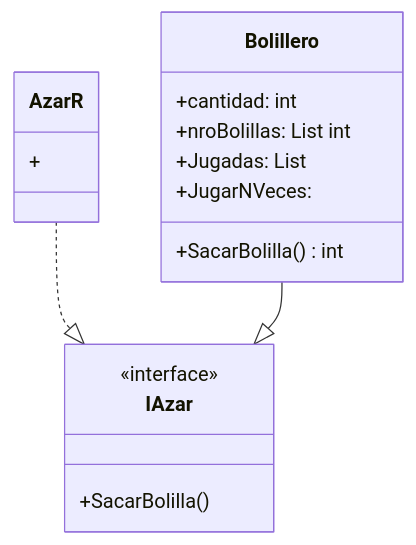
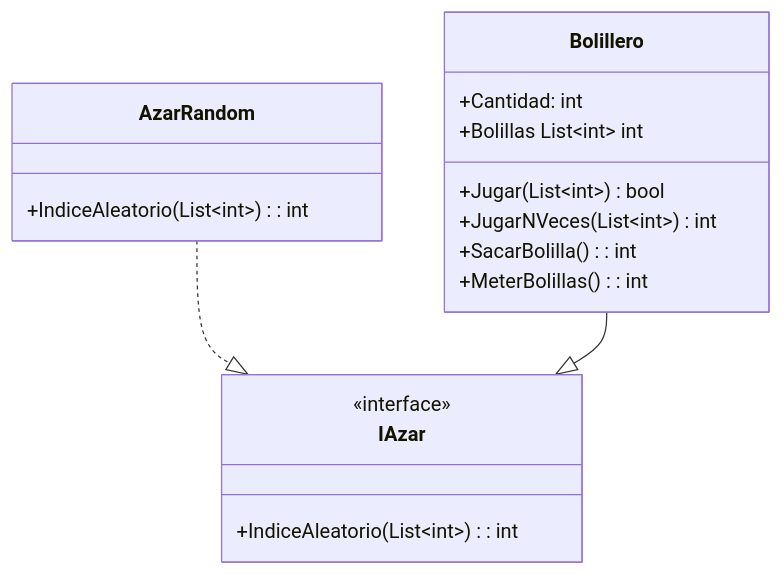
The diagram in docs/README.md (abrilchauq/Bolillero), drawn with Mermaid before and after one commit. The commit also changed 2 other files, not shown here.

````diff
--- a/docs/README.md
+++ b/docs/README.md
@@ -3,24 +3,25 @@
 ```mermaid
 classDiagram
     class Bolillero{
-        +cantidad: int 
-        +nroBolillas: List int
-        +Jugadas: List
-        +JugarNVeces: 
-        +SacarBolilla() int
+        +Cantidad: int 
+        +Bolillas List~int~ int
+        +Jugar (List~int~) bool 
+        +JugarNVeces (List~int~) int
+        +SacarBolilla(): int
+        +MeterBolillas(): int 
     }
 
     class IAzar{
         <<interface>>
-        +SacarBolilla()
+        +IndiceAleatorio(List~int~): int 
     }
 
-    class AzarR{
-        +
+    class AzarRandom{
+        +IndiceAleatorio(List~int~): int 
     }
 
 
-AzarR ..|> IAzar
+AzarRandom ..|> IAzar
 Bolillero --|> IAzar
 
 ```
````
